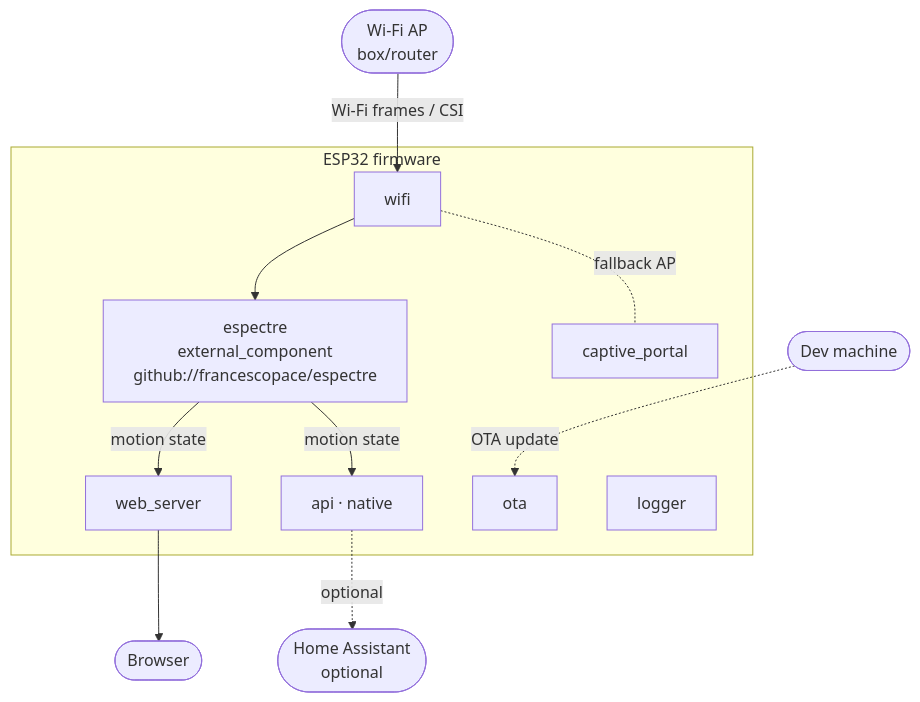
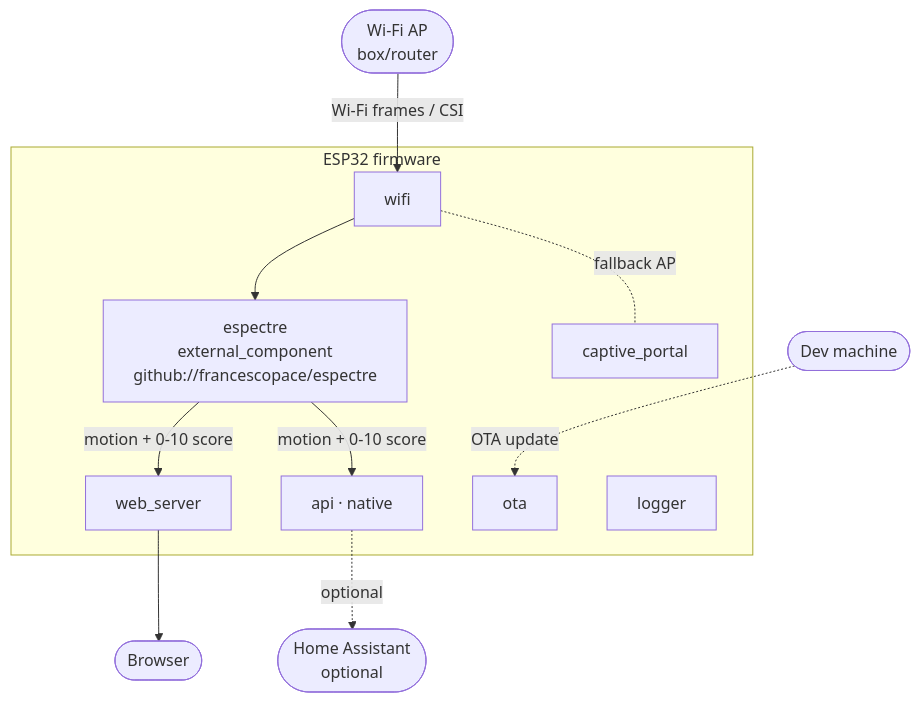
Before and after one commit to benoit-bremaud/espectre-lab: the diagram in docs/architecture/diagrams/wifi-sensing/03-component.md, drawn with Mermaid. The commit also changed other lines of this file and 8 other files, not shown here.

First line of the commit message:
docs(uml): document the movement_sensor 0-10 score (closes #2) (#4)

````diff
--- a/docs/architecture/diagrams/wifi-sensing/03-component.md
+++ b/docs/architecture/diagrams/wifi-sensing/03-component.md
@@ -9,26 +9,26 @@
 ```mermaid
 flowchart TB
     AP([Wi-Fi AP<br/>box/router])
     BR([Browser])
     HA([Home Assistant<br/>optional])
     DEV([Dev machine])
 
     subgraph FW["ESP32 firmware"]
         WIFI[wifi]
         ESPECTRE["espectre<br/>external_component<br/>github://francescopace/espectre"]
         WEB[web_server]
         API[api · native]
         OTA[ota]
         CP[captive_portal]
         LOG[logger]
     end
 
     AP -->|Wi-Fi frames / CSI| WIFI
     WIFI --> ESPECTRE
-    ESPECTRE -->|motion state| WEB
-    ESPECTRE -->|motion state| API
+    ESPECTRE -->|motion + 0-10 score| WEB
+    ESPECTRE -->|motion + 0-10 score| API
     WEB --> BR
     API -. optional .-> HA
     WIFI -. fallback AP .- CP
     DEV -. OTA update .-> OTA
 ```
````
